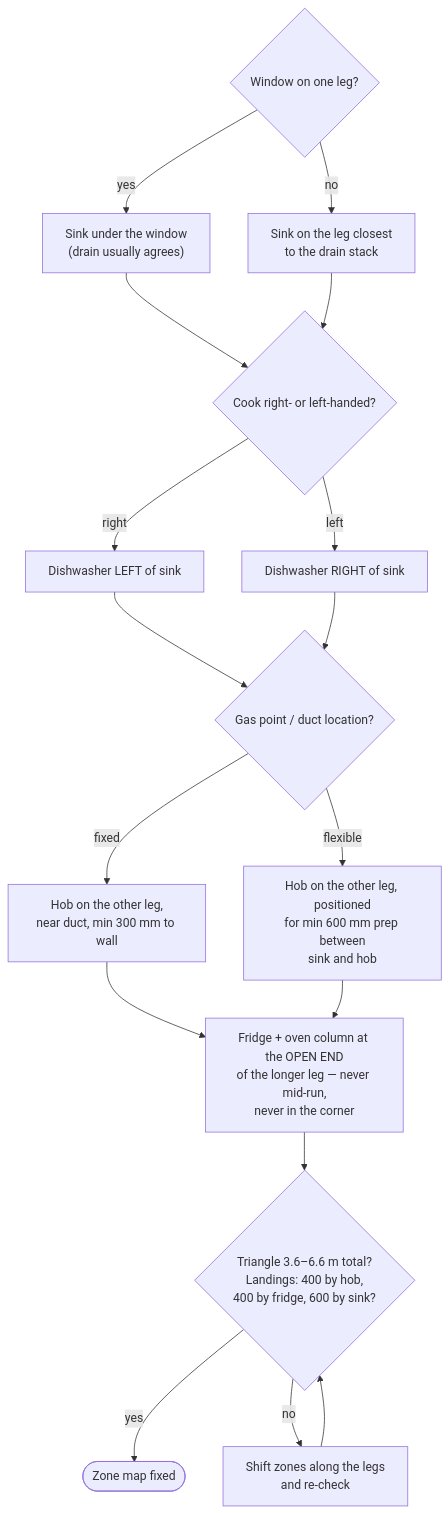
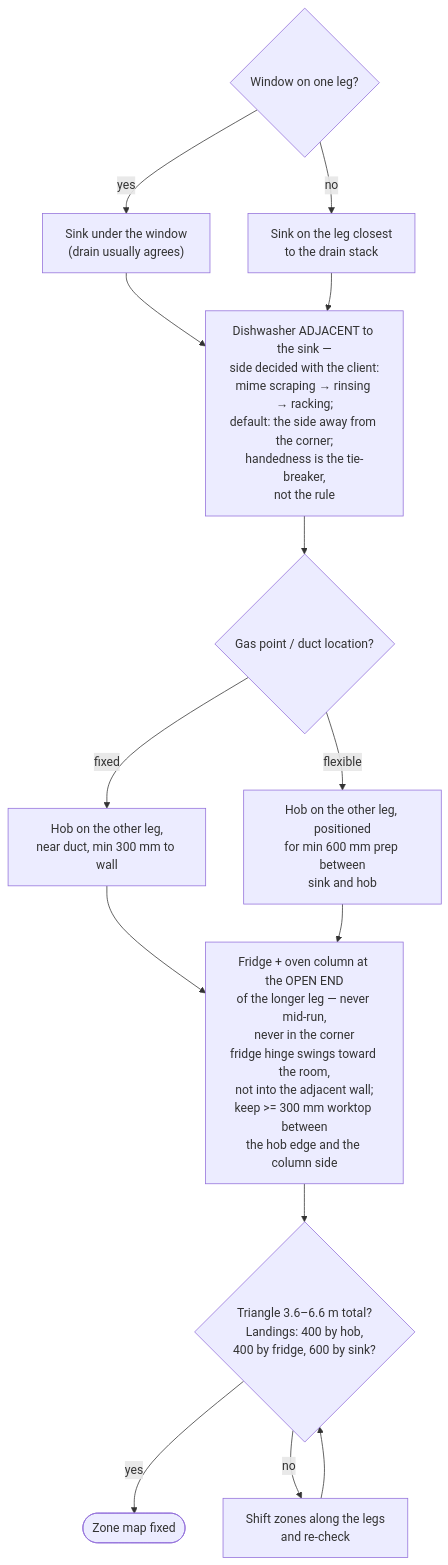
The second of 5 diagrams in docs/l-kitchen-design-playbook.md (m1981/kuchnie), drawn with Mermaid before and after one commit. The commit also changed other lines of this file and 2 other files, not shown here.

````diff
--- a/docs/l-kitchen-design-playbook.md
+++ b/docs/l-kitchen-design-playbook.md
@@ -67,23 +67,19 @@
 ```mermaid
 flowchart TD
     S{"Window on one leg?"}
     S -->|yes| S1["Sink under the window<br/>(drain usually agrees)"]
     S -->|no| S2["Sink on the leg closest<br/>to the drain stack"]
 
-    S1 --> D{"Cook right- or left-handed?"}
+    S1 --> D["Dishwasher ADJACENT to the sink —<br/>side decided with the client:<br/>mime scraping → rinsing → racking;<br/>default: the side away from the corner;<br/>handedness is the tie-breaker,<br/>not the rule"]
     S2 --> D
-    D -->|right| D1["Dishwasher LEFT of sink"]
-    D -->|left| D2["Dishwasher RIGHT of sink"]
-
-    D1 --> H{"Gas point / duct location?"}
-    D2 --> H
+    D --> H{"Gas point / duct location?"}
     H -->|fixed| H1["Hob on the other leg,<br/>near duct, min 300 mm to wall"]
     H -->|flexible| H2["Hob on the other leg, positioned<br/>for min 600 mm prep between<br/>sink and hob"]
 
-    H1 --> F["Fridge + oven column at the OPEN END<br/>of the longer leg — never mid-run,<br/>never in the corner"]
+    H1 --> F["Fridge + oven column at the OPEN END<br/>of the longer leg — never mid-run,<br/>never in the corner<br/>fridge hinge swings toward the room,<br/>not into the adjacent wall;<br/>keep >= 300 mm worktop between<br/>the hob edge and the column side"]
     H2 --> F
 
     F --> V{"Triangle 3.6–6.6 m total?<br/>Landings: 400 by hob,<br/>400 by fridge, 600 by sink?"}
     V -->|yes| OK(["Zone map fixed"])
     V -->|no| R["Shift zones along the legs<br/>and re-check"] --> V
 ```
````
